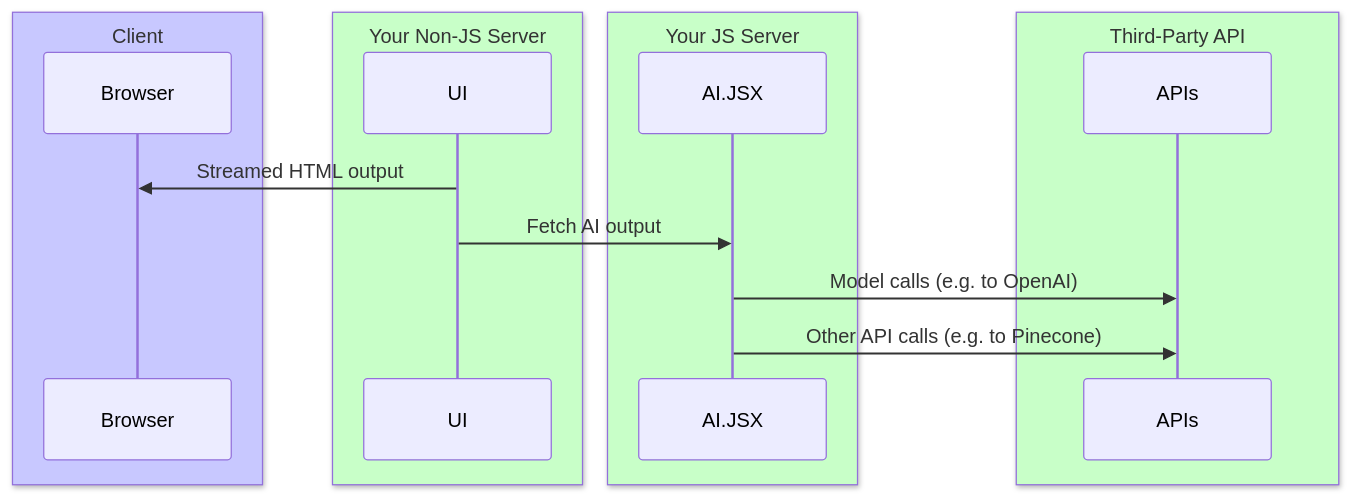
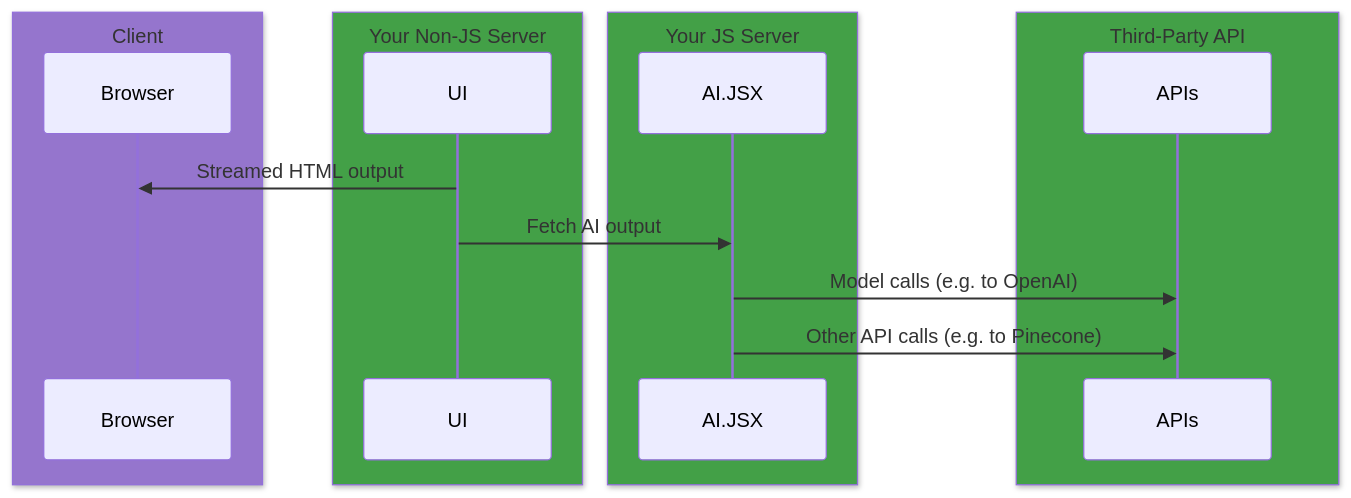
Before and after one commit to fixie-ai/ai-jsx: the fifth of 5 diagrams in packages/docs/docs/guides/architecture.md, drawn with Mermaid. The commit also changed other lines of this file, not shown here.

Commit message:
docs: improve arch diagrams in dark mode

````diff
--- a/packages/docs/docs/guides/architecture.md
+++ b/packages/docs/docs/guides/architecture.md
@@ -179,19 +179,19 @@
 ```mermaid
 sequenceDiagram
-    box rgb(200, 200, 255) Client
+    box rgb(149, 117, 205) Client
     participant Browser
     end
-    box rgb(200, 255, 200) Your Non-JS Server
+    box rgb(67, 160, 71) Your Non-JS Server
     participant UI
     end
-    box rgb(200, 255, 200) Your JS Server
+    box rgb(67, 160, 71) Your JS Server
     participant AI.JSX
     end
     UI->>Browser: Streamed HTML output
     UI->>AI.JSX: Fetch AI output
     AI.JSX->>APIs: Model calls (e.g. to OpenAI)
     AI.JSX->>APIs: Other API calls (e.g. to Pinecone)
-    box rgb(200, 255, 200) Third-Party API
+    box rgb(67, 160, 71) Third-Party API
     participant APIs
     end
 ```
````
